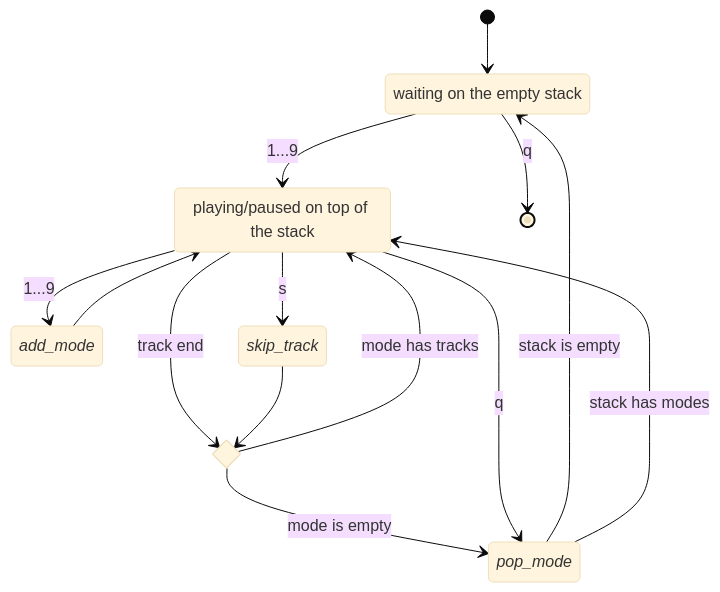
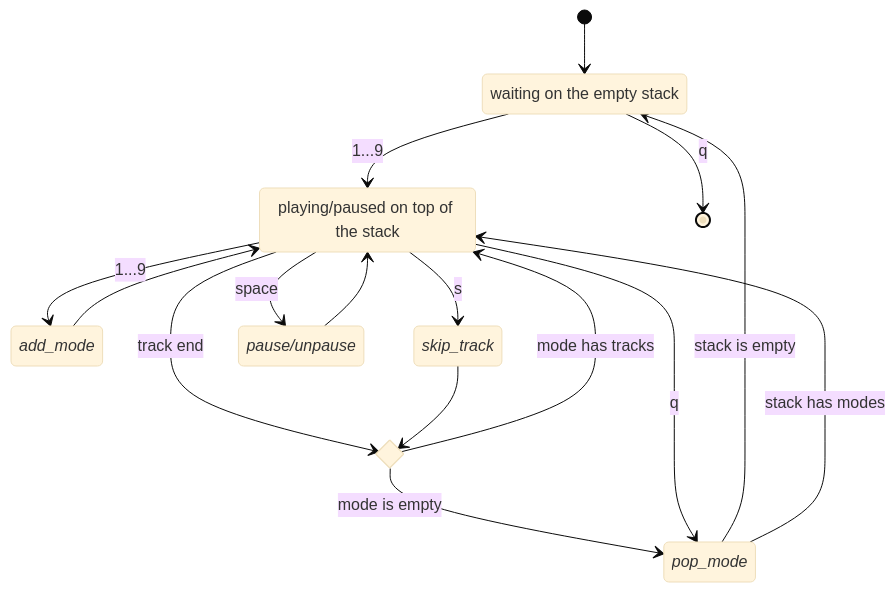
The diagram in README.md (maksimil/ttmusic), drawn with Mermaid (base theme) before and after one commit. The commit also changed 1 other file, not shown here.

````diff
--- a/README.md
+++ b/README.md
@@ -7,32 +7,36 @@
 ```mermaid
 stateDiagram-v2
     classDef action font-style:italic
 
     init : waiting on the empty stack
     playing : playing/paused on top of the stack
     add : add_mode
     skip : skip_track
     pop : pop_mode
+    switch : pause/unpause
     state track_end <<choice>>
 
-    class add, skip, pop action
+    class add, skip, pop, switch action
 
     [*] --> init
 
     init --> [*] : q
     init --> playing : 1...9
 
     playing --> add : 1...9
     add --> playing
 
     playing --> track_end : track end
     track_end --> pop : mode is empty
     track_end --> playing : mode has tracks
     pop --> init : stack is empty
     pop --> playing : stack has modes
 
     playing --> skip : s
     skip --> track_end
 
     playing --> pop : q
+
+    playing --> switch : space
+    switch --> playing
 ```
````
